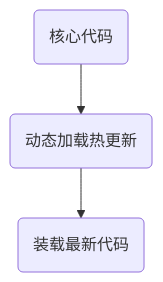
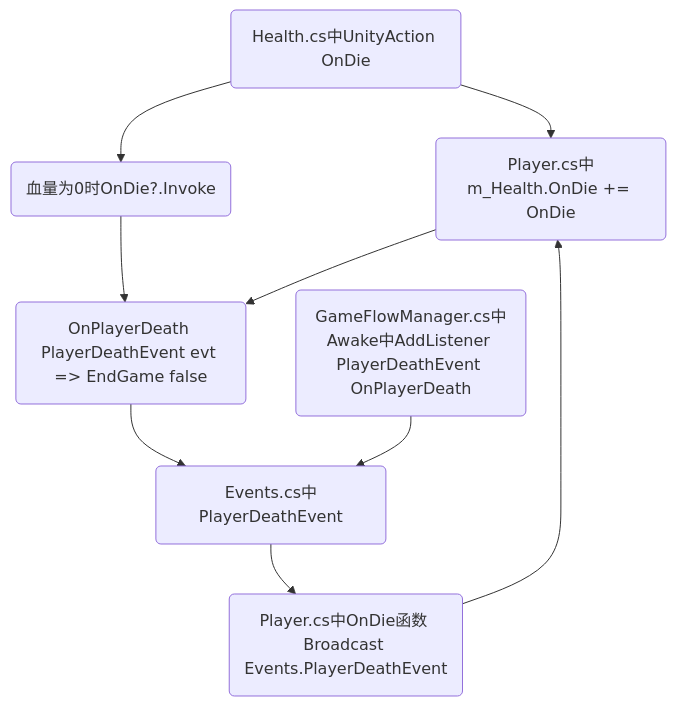
One commit to himesamanoyume/Re-TouchGunFire changed the second of 2 diagrams in README.md. Above: the diagram before and after it, drawn with Mermaid. The commit also changed other lines of this file and 60 other files, not shown here.

````diff
--- a/README.md
+++ b/README.md
@@ -96,9 +101,20 @@
 ```mermaid
 graph TB
 
-a(核心代码)
-b(动态加载热更新)
-c(装载最新代码)
+a(Health.cs中UnityAction OnDie)
+b(血量为0时OnDie?.Invoke)
+c(Player.cs中m_Health.OnDie += OnDie)
+d(Player.cs中OnDie函数 Broadcast Events.PlayerDeathEvent)
+e(GameFlowManager.cs中Awake中AddListener PlayerDeathEvent OnPlayerDeath)
+f(Events.cs中PlayerDeathEvent)
+g(OnPlayerDeath PlayerDeathEvent evt => EndGame false)
+
+f-->d
+d-->c
+a-->c
+g-->f
 a-->b
-b-->c
+b-->g
+e-->f
+c-->g
 ```
````
